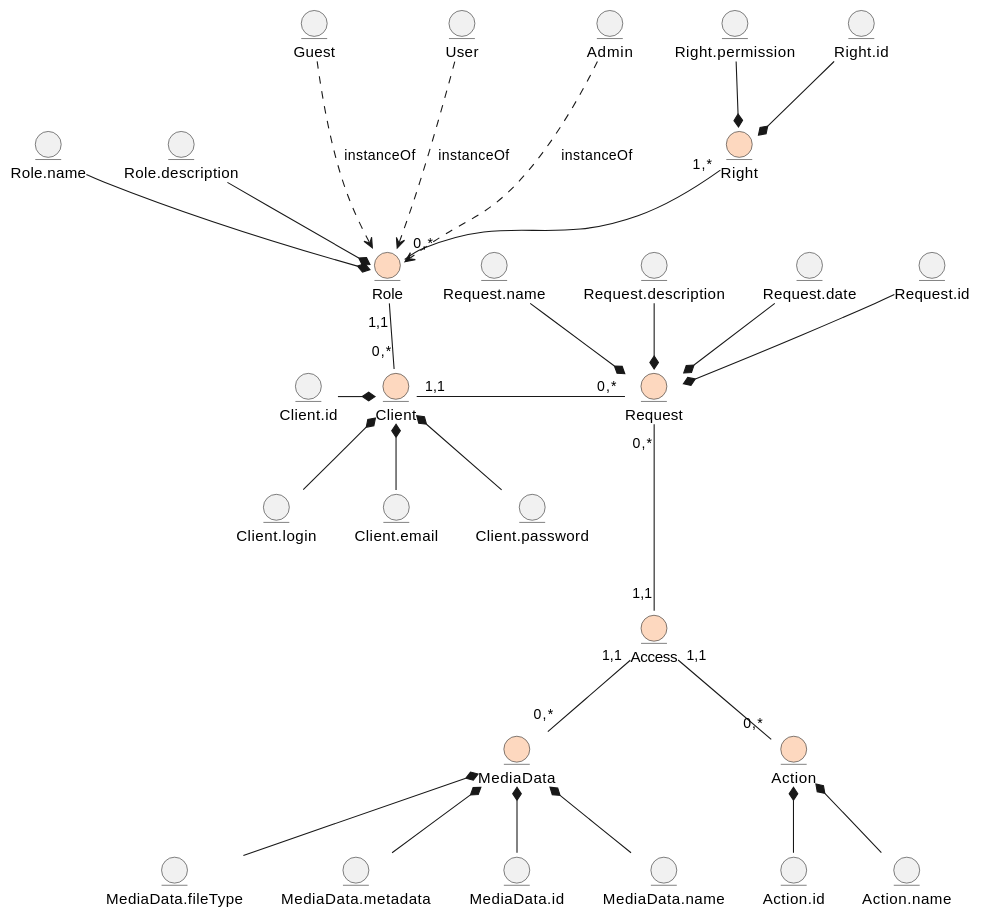
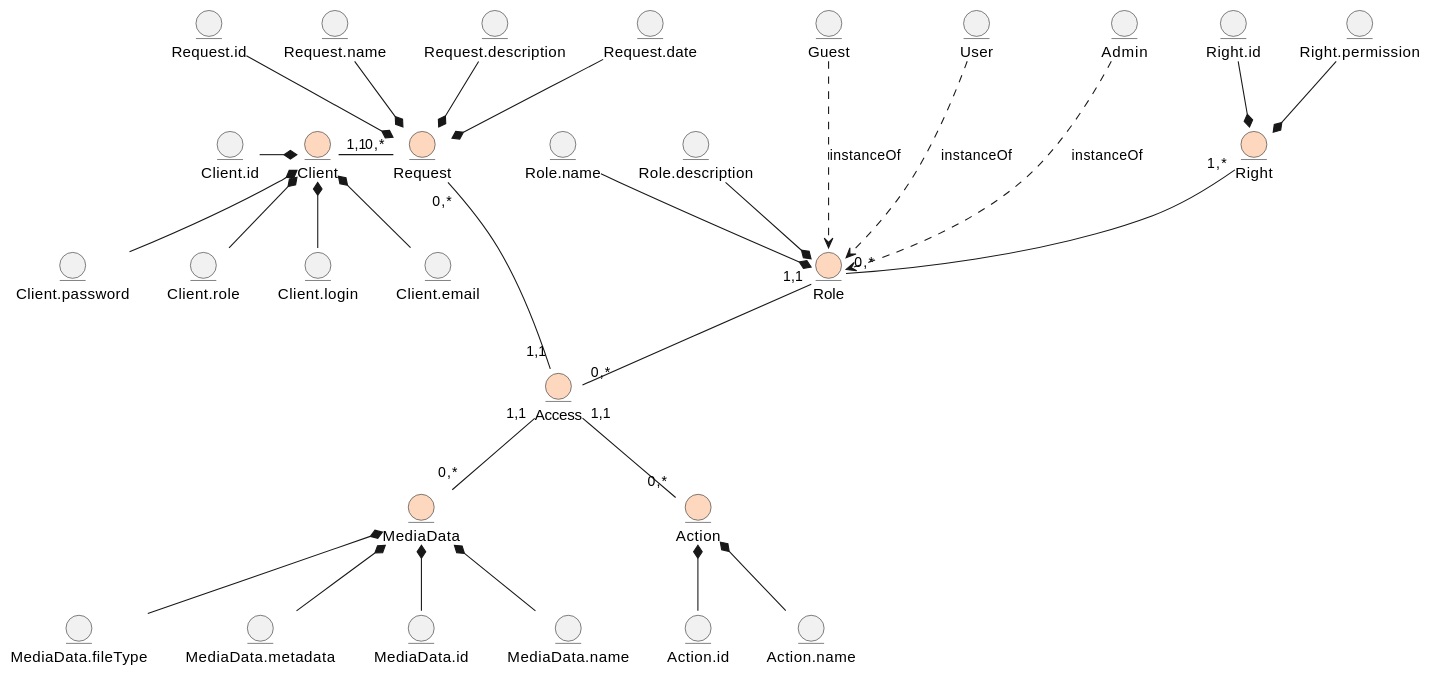
The first of 2 diagrams in docs/design/README.md (nonGratis/retarder-io-23-3), drawn with PlantUML before and after one commit.

Commit message:
refactor access logic in BO UML

````diff
--- a/docs/design/README.md
+++ b/docs/design/README.md
@@ -5,76 +5,78 @@
 ```plantuml
 @startuml
 
 entity Client #fdd8bf
   entity Client.id
   entity Client.login
   entity Client.email
   entity Client.password
+  entity Client.role
 
   Client.id -r-* Client
   Client.login -u-* Client
   Client.email -u-* Client
   Client.password -u-* Client
+  Client.role -u-* Client
 
 entity Role #fdd8bf
   entity Role.name
   entity Role.description
 
   Role.name --* Role
   Role.description --* Role
 
   entity Guest
   entity User
   entity Admin
 
   Guest ...> Role : instanceOf
   User ...> Role : instanceOf
   Admin ...> Role : instanceOf
 
 entity Right #fdd8bf
   entity Right.id
   entity Right.permission
 
   Right.id --* Right
   Right.permission --* Right
 
 entity Request #fdd8bf
   entity Request.id
   entity Request.name
   entity Request.description
   entity Request.date
  
   Request.id --* Request
   Request.name --* Request
   Request.description --* Request
   Request.date --* Request
 
 entity Access #fdd8bf
 
 entity Action #fdd8bf
   entity Action.id
   entity Action.name
 
   Action.id -u-* Action
   Action.name -u-* Action
 
 entity MediaData #fdd8bf
   entity MediaData.id
   entity MediaData.name
   entity MediaData.fileType
   entity MediaData.metadata
 
   MediaData.id -u-* MediaData
   MediaData.name -u-* MediaData
   MediaData.fileType -u-* MediaData
   MediaData.metadata -u-* MediaData
 
+Client "1,1"-r-"0,*" Request
 Right "1,*"--"0,*" Role
-Role "1,1"--"0,*" Client
-Client "1,1"-r-"0,*" Request
+Role "1,1"--"0,*" Access
 Request "0,*"---"1,1" Access
 Access "1,1"--"0,*" Action
 Access "1,1"--"0,*" MediaData
 
 @enduml
 ```
````
